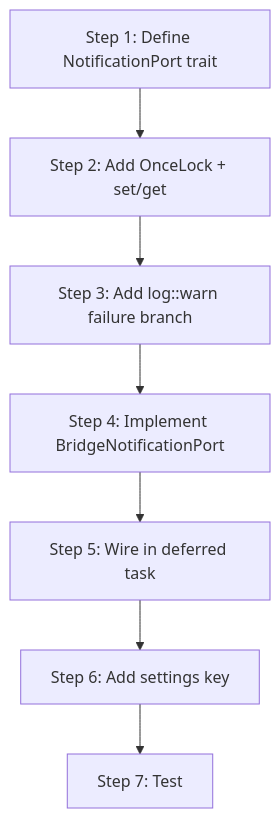
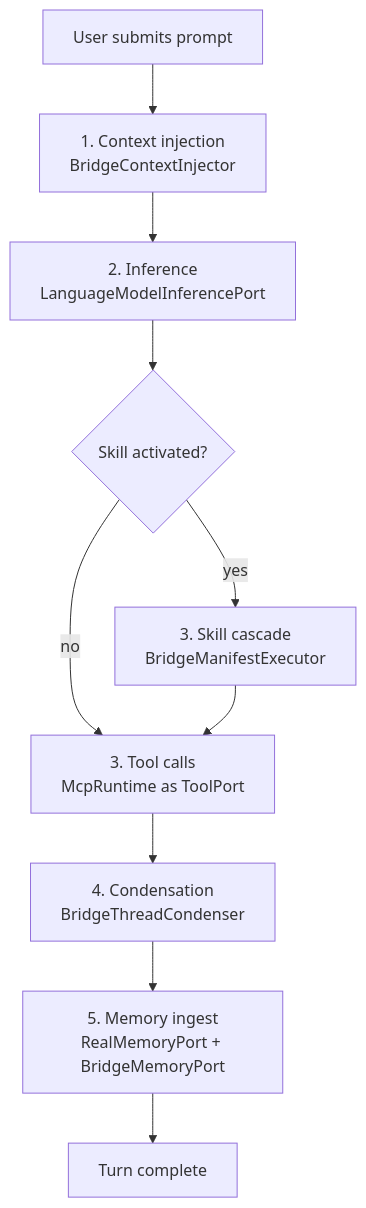
The diagram in kask/docs/diataxis/kask_bridge/tutorial.md (mdz-axo/zed-kask), drawn with Mermaid before and after one commit. The commit also changed other lines of this file and 24 other files, not shown here.

````diff
--- a/kask/docs/diataxis/kask_bridge/tutorial.md
+++ b/kask/docs/diataxis/kask_bridge/tutorial.md
@@ -27,9 +47,12 @@
 ```mermaid
 flowchart TD
-    A[Step 1: Define NotificationPort trait] --> B[Step 2: Add OnceLock + set/get]
-    B --> C[Step 3: Add log::warn failure branch]
-    C --> D[Step 4: Implement BridgeNotificationPort]
-    D --> E[Step 5: Wire in deferred task]
-    E --> F[Step 6: Add settings key]
-    F --> G[Step 7: Test]
+    Start[User submits prompt] --> A[1. Context injection<br/>BridgeContextInjector]
+    A --> B[2. Inference<br/>LanguageModelInferencePort]
+    B --> C{Skill activated?}
+    C -- yes --> D[3. Skill cascade<br/>BridgeManifestExecutor]
+    C -- no --> E[3. Tool calls<br/>McpRuntime as ToolPort]
+    D --> E
+    E --> F[4. Condensation<br/>BridgeThreadCondenser]
+    F --> G[5. Memory ingest<br/>RealMemoryPort + BridgeMemoryPort]
+    G --> End[Turn complete]
 ```
````
